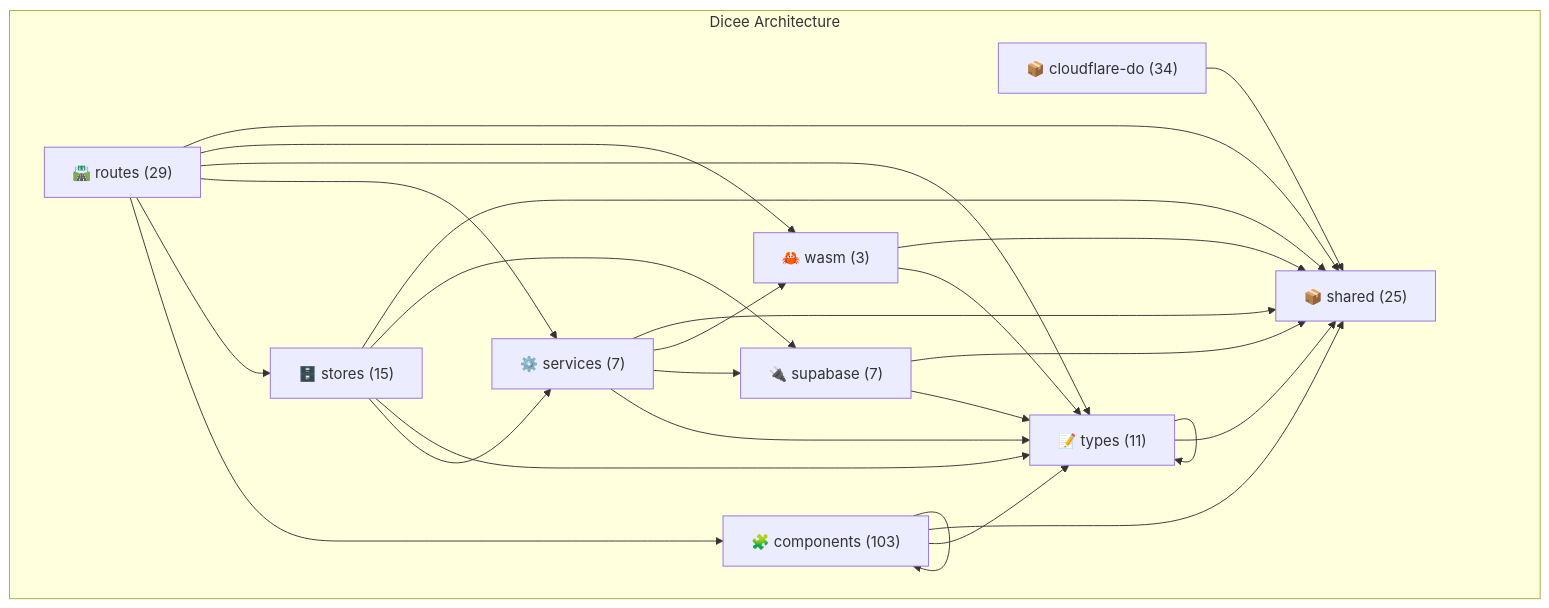
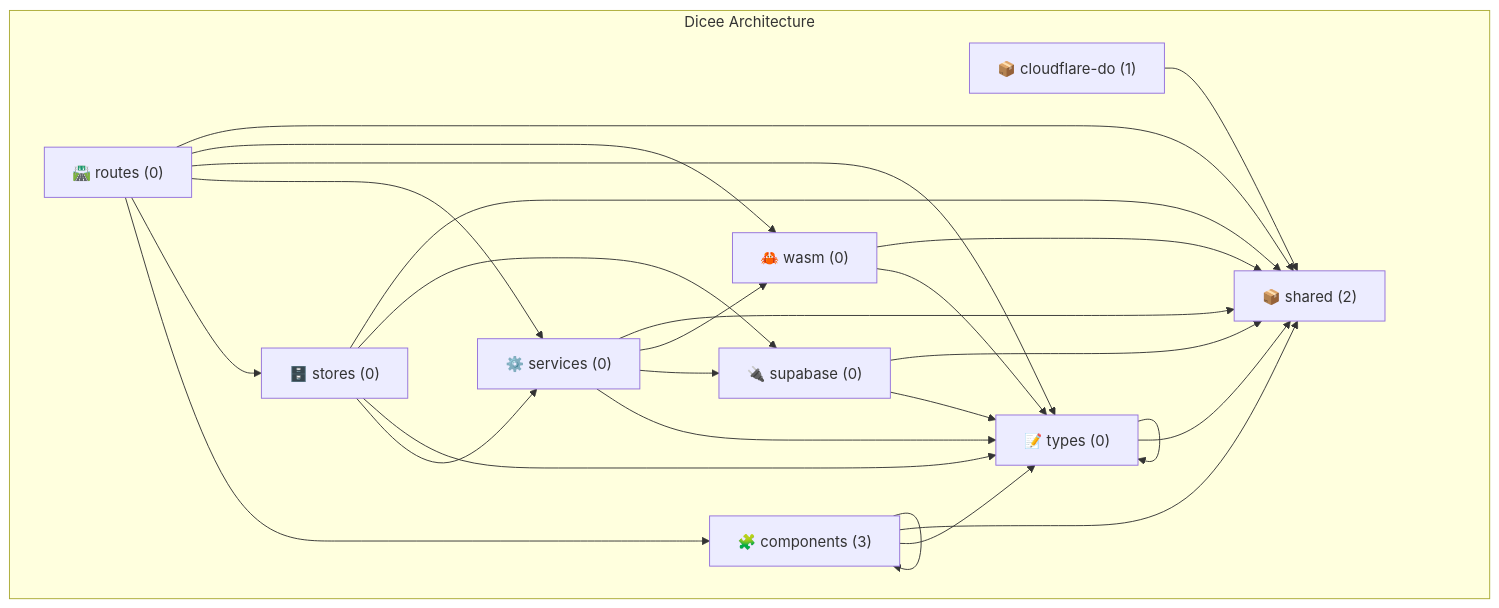
The diagram in docs/architecture/akg/diagrams/LAYER_ARCHITECTURE.md (verlyn13/dicee), drawn with Mermaid before and after one commit. The commit also changed other lines of this file and 8 other files, not shown here.

First line of the commit message:
chore(akg): update diagrams and graph after lobby UX changes

````diff
--- a/docs/architecture/akg/diagrams/LAYER_ARCHITECTURE.md
+++ b/docs/architecture/akg/diagrams/LAYER_ARCHITECTURE.md
@@ -16,39 +16,39 @@
 ```mermaid
 flowchart TB
     subgraph "Dicee Architecture"
-        shared["📦 shared (25)"]
-        cloudflare_do["📦 cloudflare-do (34)"]
-        routes["🛣️ routes (29)"]
-        components["🧩 components (103)"]
-        stores["🗄️ stores (15)"]
-        services["⚙️ services (7)"]
-        types["📝 types (11)"]
-        supabase["🔌 supabase (7)"]
-        wasm["🦀 wasm (3)"]
+        shared["📦 shared (2)"]
+        cloudflare_do["📦 cloudflare-do (1)"]
+        routes["🛣️ routes (0)"]
+        components["🧩 components (3)"]
+        stores["🗄️ stores (0)"]
+        services["⚙️ services (0)"]
+        types["📝 types (0)"]
+        supabase["🔌 supabase (0)"]
+        wasm["🦀 wasm (0)"]
     end
 
     cloudflare_do --> shared
     routes --> components
     routes --> stores
     routes --> services
     routes --> types
     routes --> wasm
     routes --> shared
     components --> components
     components --> types
     components --> shared
     stores --> services
     stores --> types
     stores --> supabase
     stores --> shared
     services --> types
     services --> supabase
     services --> wasm
     services --> shared
     types --> types
     types --> shared
     supabase --> types
     supabase --> shared
     wasm --> types
     wasm --> shared
 ```
````
